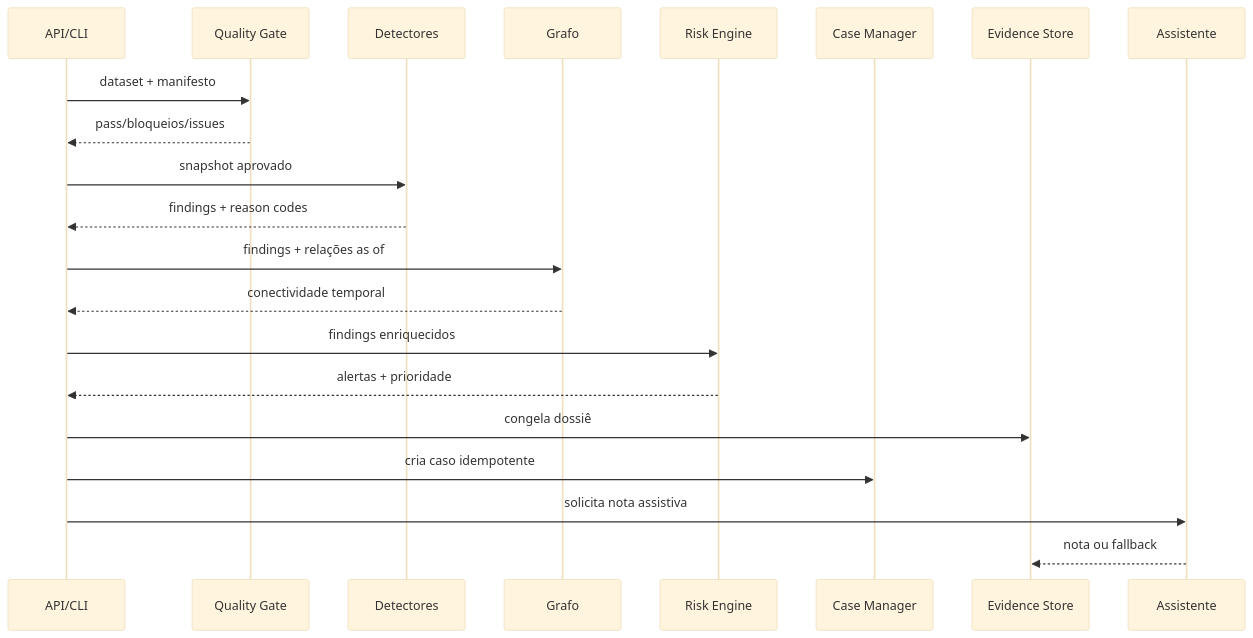
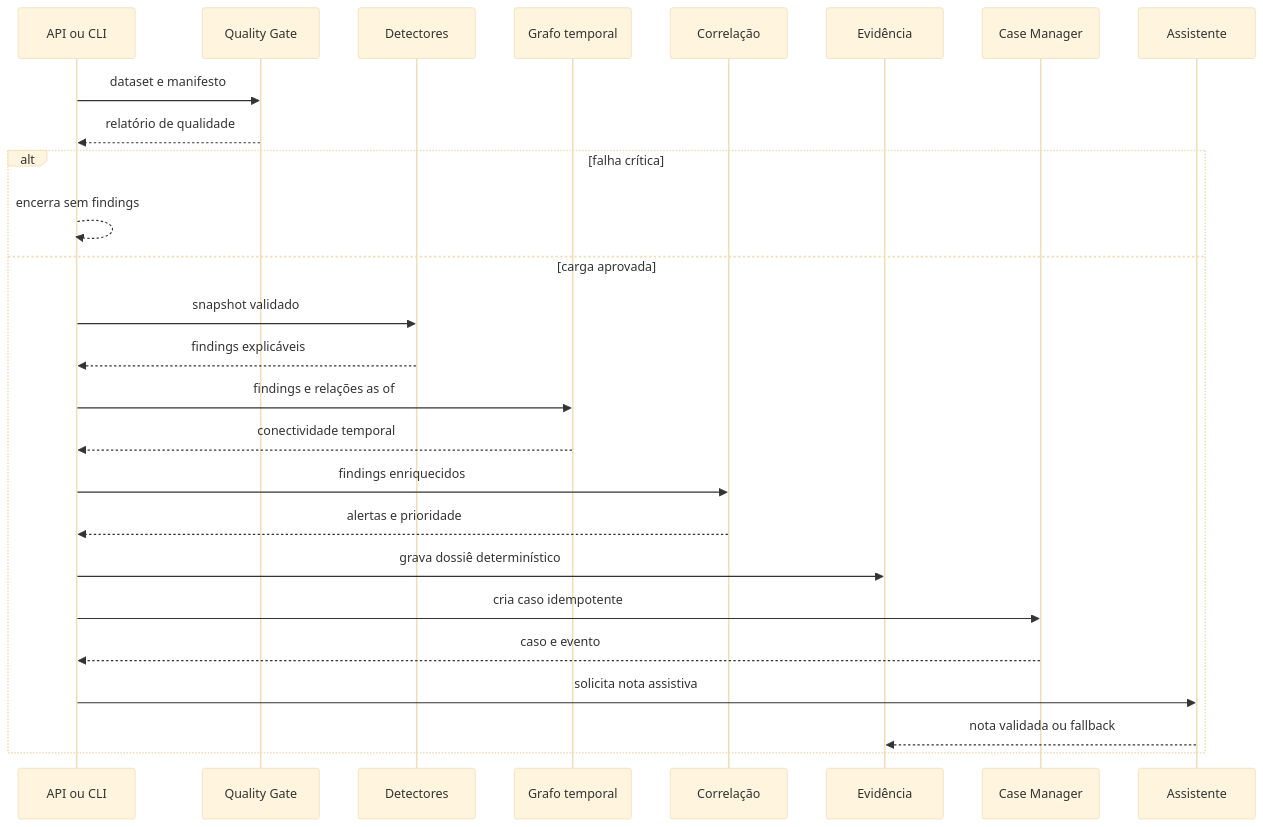
The fourth of 7 diagrams in docs/ARCHITECTURE.md (belemcrizan/Teste_monitoramento), drawn with Mermaid (base theme) before and after one commit. The commit also changed other lines of this file, not shown here.

````diff
--- a/docs/ARCHITECTURE.md
+++ b/docs/ARCHITECTURE.md
@@ -27,23 +255,29 @@
 ```mermaid
 sequenceDiagram
-    participant CLI as API/CLI
+    participant U as API ou CLI
     participant Q as Quality Gate
     participant D as Detectores
-    participant G as Grafo
-    participant R as Risk Engine
+    participant G as Grafo temporal
+    participant R as Correlação
+    participant E as Evidência
     participant C as Case Manager
-    participant E as Evidence Store
     participant A as Assistente
-    CLI->>Q: dataset + manifesto
-    Q-->>CLI: pass/bloqueios/issues
-    CLI->>D: snapshot aprovado
-    D-->>CLI: findings + reason codes
-    CLI->>G: findings + relações as of
-    G-->>CLI: conectividade temporal
-    CLI->>R: findings enriquecidos
-    R-->>CLI: alertas + prioridade
-    CLI->>E: congela dossiê
-    CLI->>C: cria caso idempotente
-    CLI->>A: solicita nota assistiva
-    A-->>E: nota ou fallback
+
+    U->>Q: dataset e manifesto
+    Q-->>U: relatório de qualidade
+    alt falha crítica
+        U-->>U: encerra sem findings
+    else carga aprovada
+        U->>D: snapshot validado
+        D-->>U: findings explicáveis
+        U->>G: findings e relações as of
+        G-->>U: conectividade temporal
+        U->>R: findings enriquecidos
+        R-->>U: alertas e prioridade
+        U->>E: grava dossiê determinístico
+        U->>C: cria caso idempotente
+        C-->>U: caso e evento
+        U->>A: solicita nota assistiva
+        A-->>E: nota validada ou fallback
+    end
 ```
````
